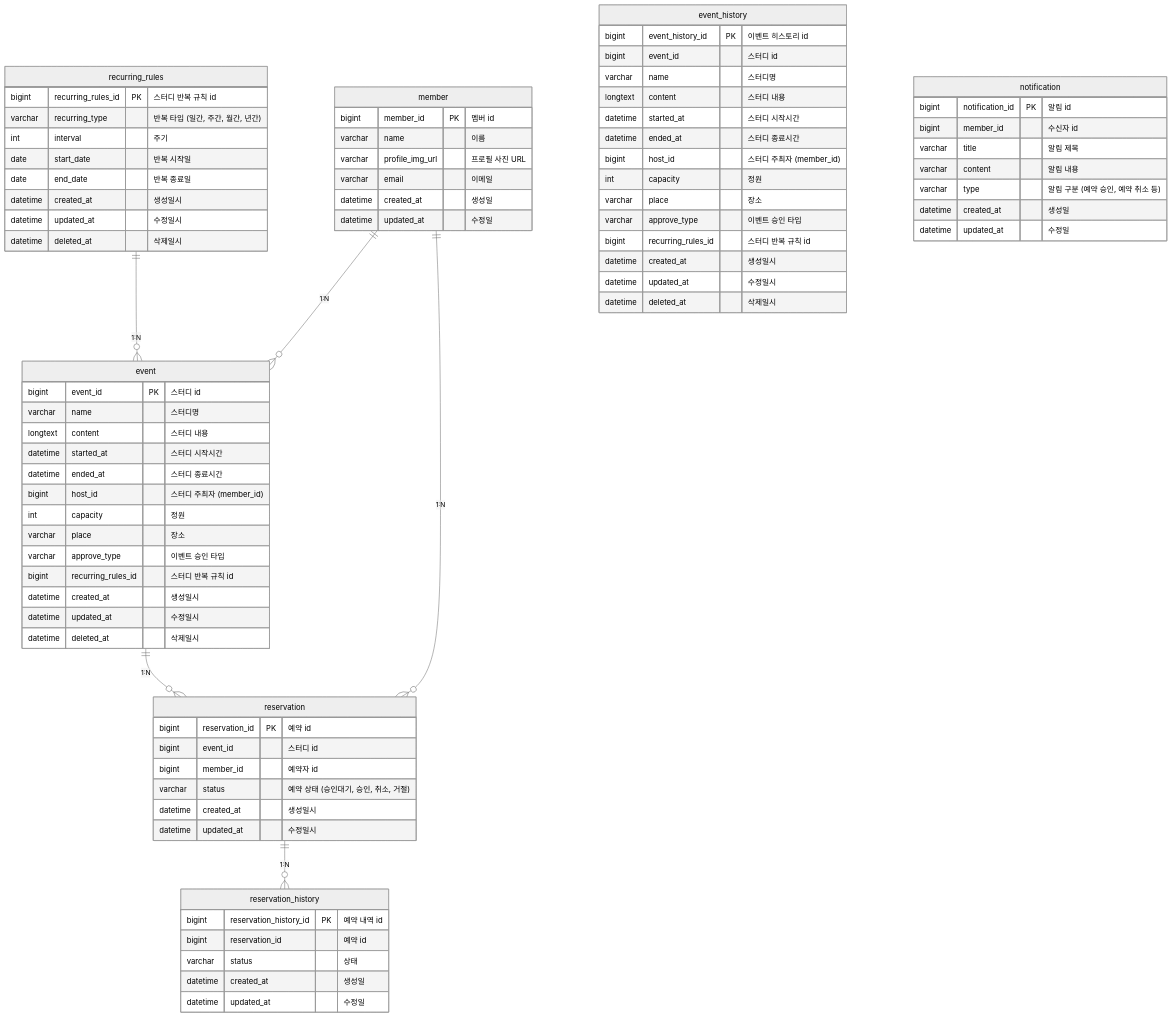
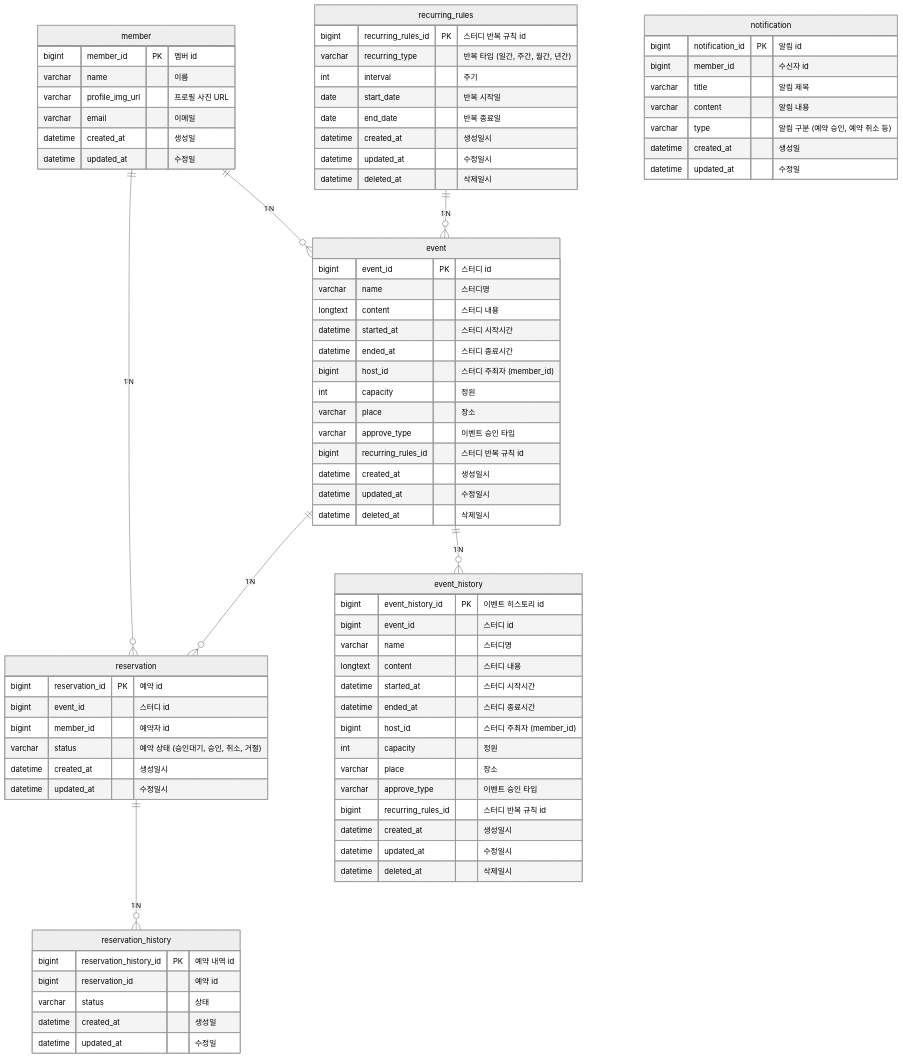
Before and after one commit to mozziroom/mozziroom-backend: the diagram in docs/er-diagram.md, drawn with Mermaid (neutral theme).

```diff
--- a/docs/er-diagram.md
+++ b/docs/er-diagram.md
@@ -6,6 +6,7 @@
 member ||--o{ reservation : "1:N"
 reservation ||--o{ reservation_history : "1:N"
 recurring_rules ||--o{ event : "1:N"
+event ||--o{ event_history : "1:N"
 member ||--o{ event : "1:N"
 
 %% 멤버
```
